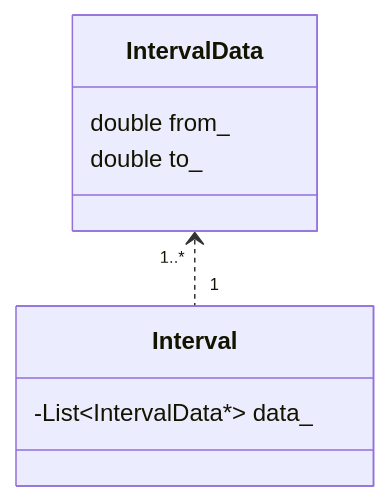
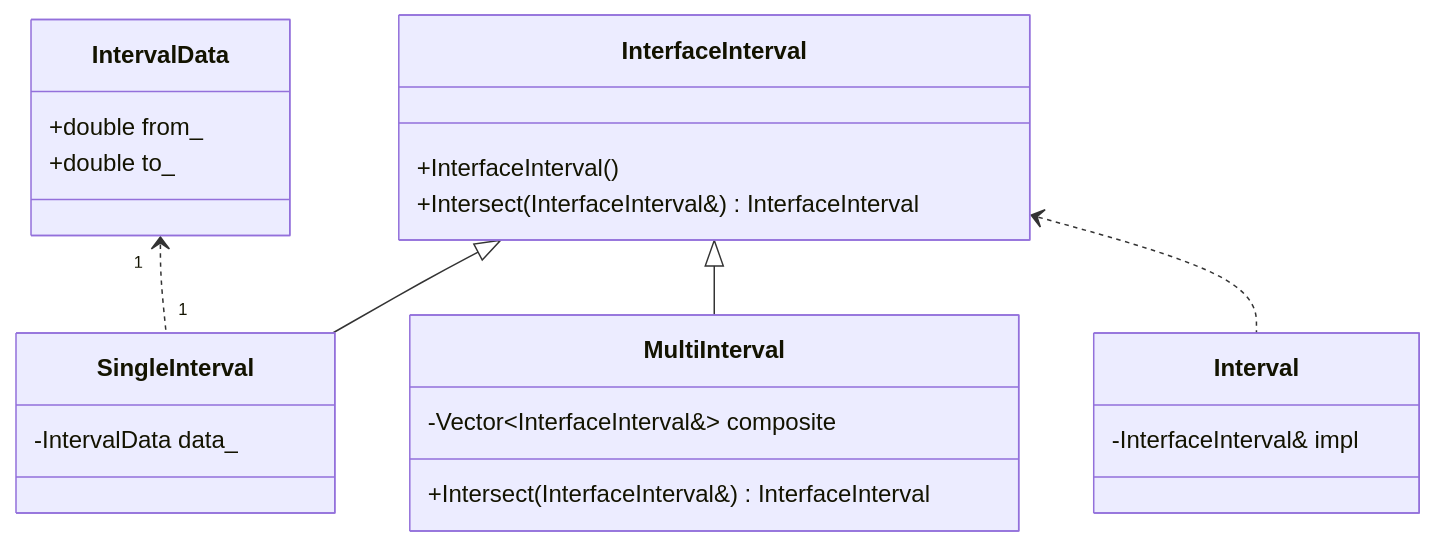
The diagram in src/etc/interval/readme.md (leeh8911/cpp-design-pattern), drawn with Mermaid before and after one commit. The commit also changed 3 other files, not shown here.

````diff
--- a/src/etc/interval/readme.md
+++ b/src/etc/interval/readme.md
@@ -19,14 +19,29 @@
 ```mermaid
 classDiagram
 
 class IntervalData {
-    double from_
-    double to_
+    +double from_
+    +double to_
+}
+
+class InterfaceInterval {
+    +InterfaceInterval()
+    +Intersect(InterfaceInterval&) InterfaceInterval
+}
+class MultiInterval {
+    +Intersect(InterfaceInterval&) InterfaceInterval
+    -Vector~InterfaceInterval&~ composite
+}
+class SingleInterval {
+    -IntervalData data_
 }
 
 class Interval {
-    -List~IntervalData*~ data_
+    -InterfaceInterval& impl
 }
 
-IntervalData "1..*" <.. "1" Interval
+IntervalData "1" <.. "1" SingleInterval
+InterfaceInterval <|-- MultiInterval
+InterfaceInterval <|-- SingleInterval
+InterfaceInterval <.. Interval
 ```
````
